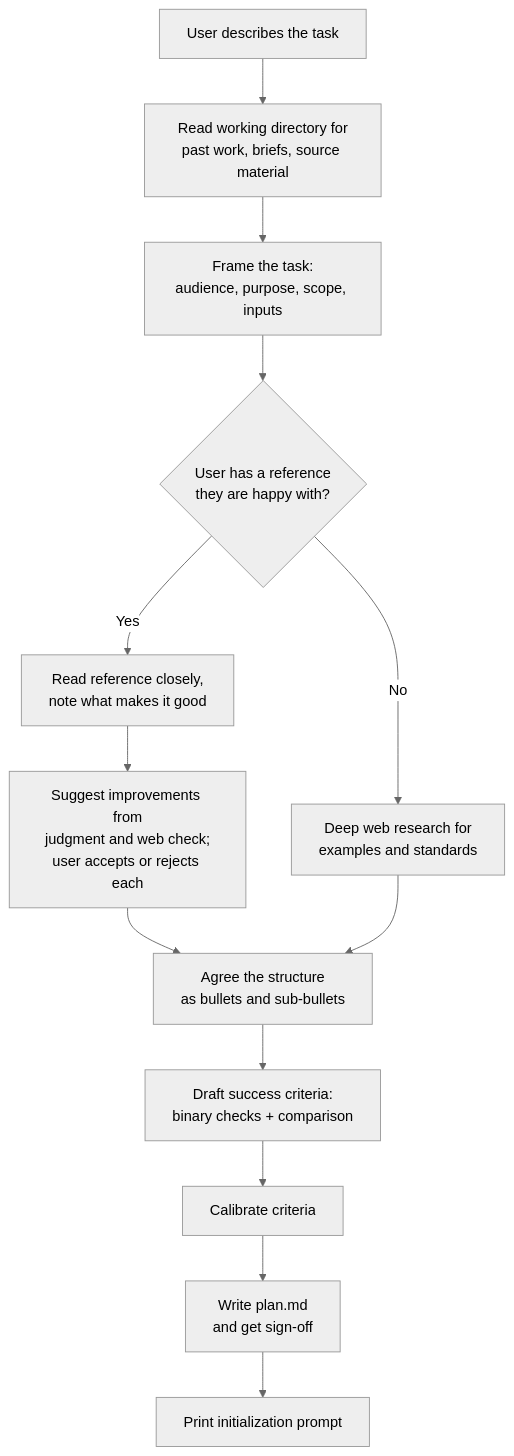
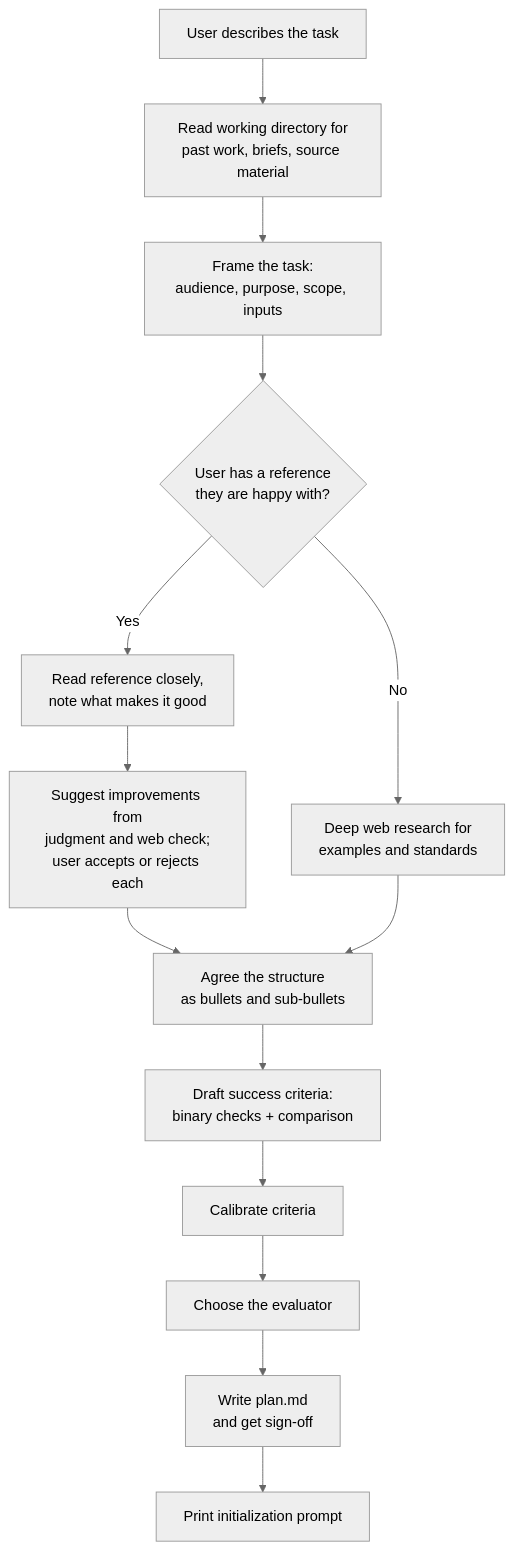
One commit to Lego1997/grillstorm changed the second of 3 diagrams in README.md. Above: the diagram before and after it, drawn with Mermaid (neutral theme). The commit also changed other lines of this file and 4 other files, not shown here.

````diff
--- a/README.md
+++ b/README.md
@@ -28,15 +28,16 @@
 ```mermaid
 flowchart TD
     A["User describes the task"] --> B["Read working directory for<br/>past work, briefs, source material"]
     B --> C["Frame the task:<br/>audience, purpose, scope, inputs"]
     C --> D{"User has a reference<br/>they are happy with?"}
     D -- Yes --> E["Read reference closely,<br/>note what makes it good"]
     E --> F["Suggest improvements from<br/>judgment and web check;<br/>user accepts or rejects each"]
     D -- No --> G["Deep web research for<br/>examples and standards"]
     F --> H["Agree the structure<br/>as bullets and sub-bullets"]
     G --> H
     H --> I["Draft success criteria:<br/>binary checks + comparison"]
     I --> J["Calibrate criteria"]
-    J --> K["Write plan.md<br/>and get sign-off"]
+    J --> M["Choose the evaluator"]
+    M --> K["Write plan.md<br/>and get sign-off"]
     K --> L["Print initialization prompt"]
 ```
````
